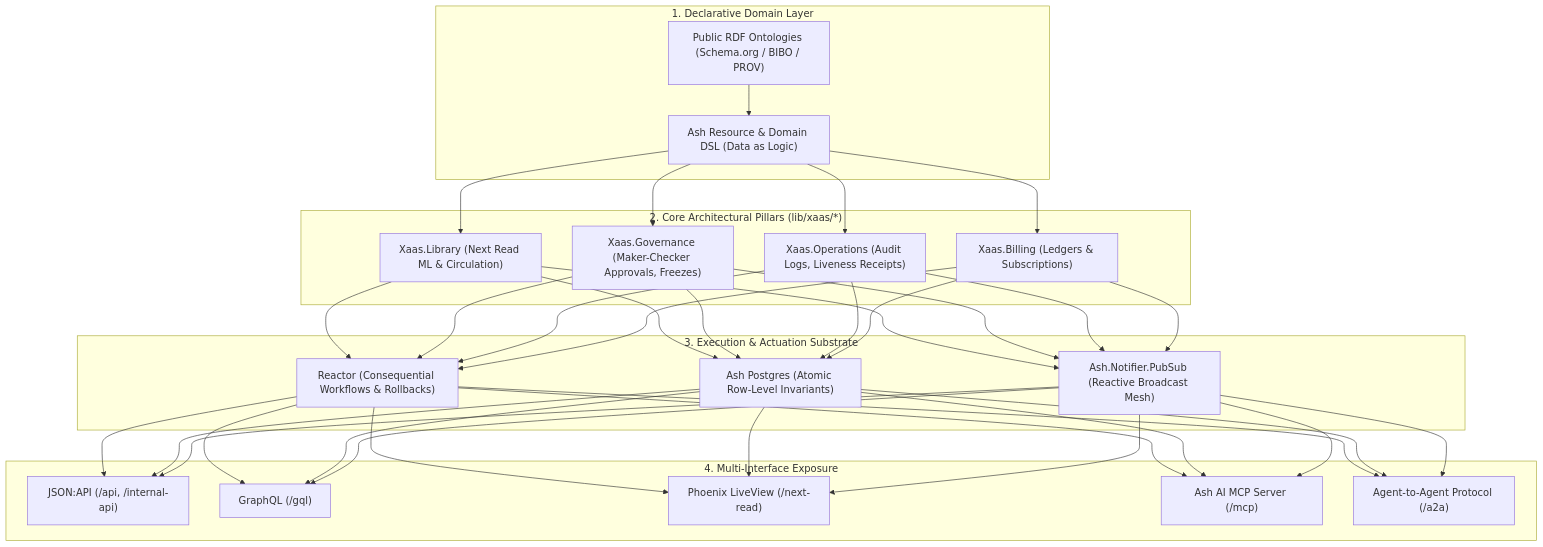
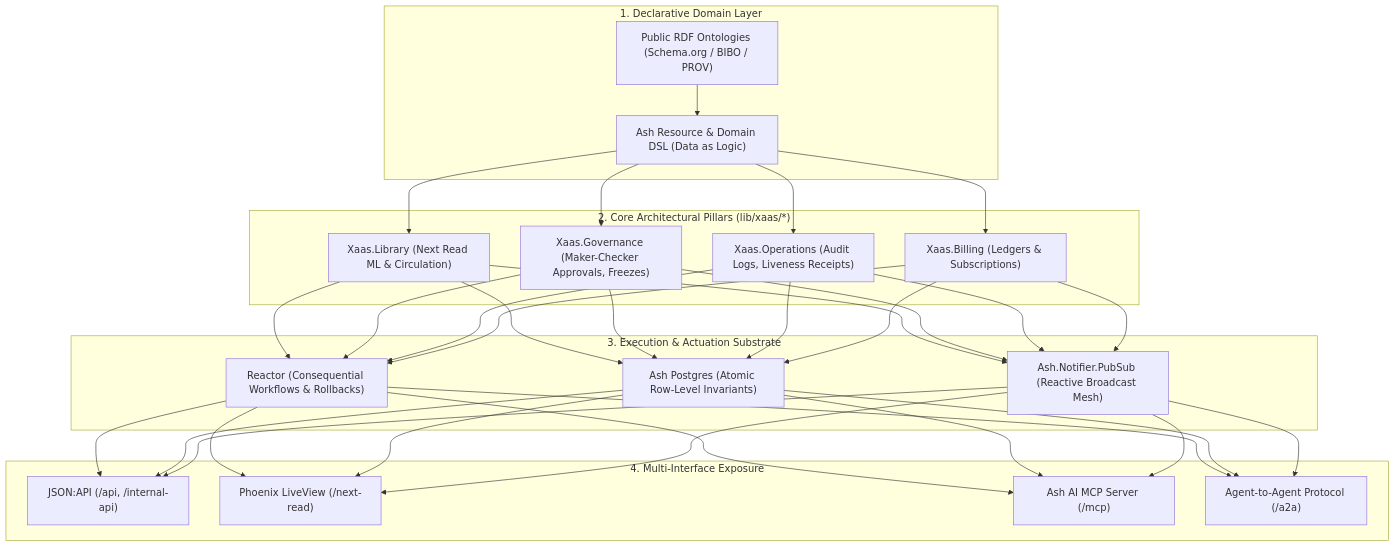
The diagram in docs/claude/diataxis/explanation/ash-is-the-xaas.md (seanchatmangpt/xaas), drawn with Mermaid before and after one commit. The commit also changed other lines of this file and 9 other files, not shown here.

````diff
--- a/docs/claude/diataxis/explanation/ash-is-the-xaas.md
+++ b/docs/claude/diataxis/explanation/ash-is-the-xaas.md
@@ -20,33 +20,32 @@
 ```mermaid
 graph TD
     subgraph "1. Declarative Domain Layer"
         Ontology["Public RDF Ontologies (Schema.org / BIBO / PROV)"]
         AshDomain["Ash Resource & Domain DSL (Data as Logic)"]
     end
 
     subgraph "2. Core Architectural Pillars (lib/xaas/*)"
         Library["Xaas.Library (Next Read ML & Circulation)"]
         Governance["Xaas.Governance (Maker-Checker Approvals, Freezes)"]
         Operations["Xaas.Operations (Audit Logs, Liveness Receipts)"]
         Billing["Xaas.Billing (Ledgers & Subscriptions)"]
     end
 
     subgraph "3. Execution & Actuation Substrate"
         Reactor["Reactor (Consequential Workflows & Rollbacks)"]
         AshPostgres["Ash Postgres (Atomic Row-Level Invariants)"]
         PubSubMesh["Ash.Notifier.PubSub (Reactive Broadcast Mesh)"]
     end
 
     subgraph "4. Multi-Interface Exposure"
         JsonApi["JSON:API (/api, /internal-api)"]
-        GraphQL["GraphQL (/gql)"]
         LiveView["Phoenix LiveView (/next-read)"]
         McpServer["Ash AI MCP Server (/mcp)"]
         A2AServer["Agent-to-Agent Protocol (/a2a)"]
     end
 
     Ontology --> AshDomain
     AshDomain --> Library & Governance & Operations & Billing
     Library & Governance & Operations & Billing --> Reactor & AshPostgres & PubSubMesh
-    Reactor & AshPostgres & PubSubMesh --> JsonApi & GraphQL & LiveView & McpServer & A2AServer
+    Reactor & AshPostgres & PubSubMesh --> JsonApi & LiveView & McpServer & A2AServer
 ```
````
